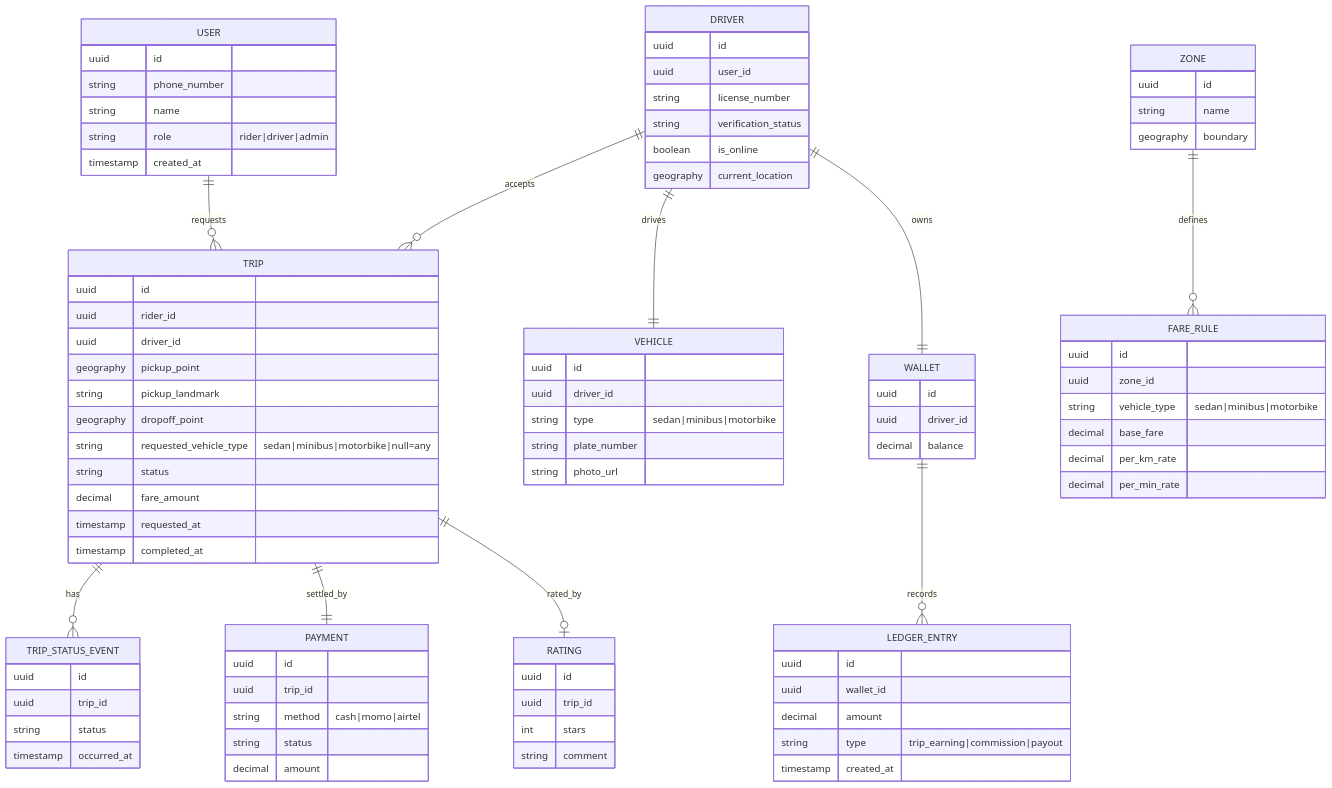
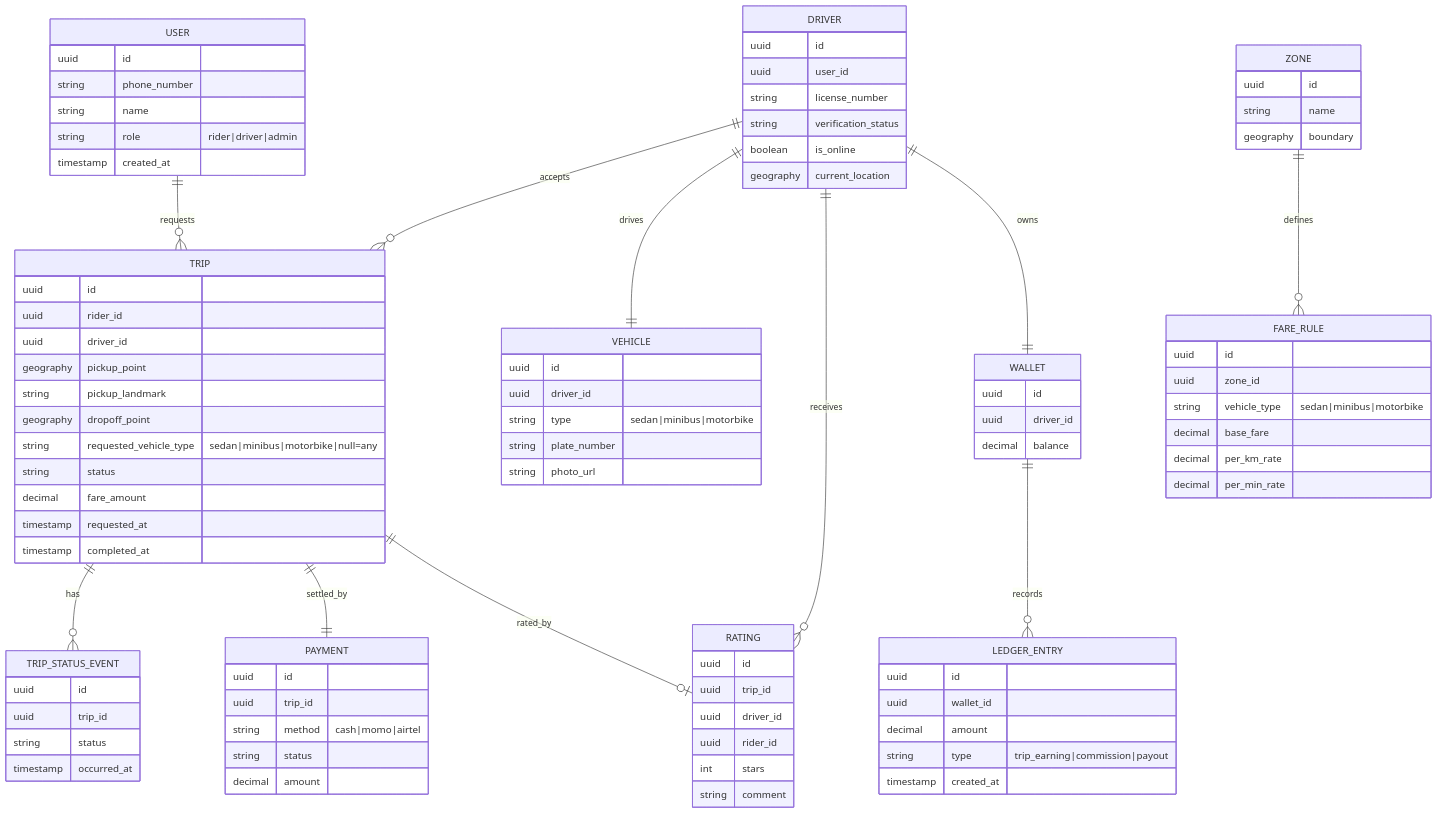
The second of 3 diagrams in docs/MONZE_RIDE_ARCHITECTURE.md (Kamela1987/Project1-), drawn with Mermaid before and after one commit. The commit also changed other lines of this file and 16 other files, not shown here.

```diff
--- a/docs/MONZE_RIDE_ARCHITECTURE.md
+++ b/docs/MONZE_RIDE_ARCHITECTURE.md
@@ -111,6 +111,7 @@
     TRIP ||--o{ TRIP_STATUS_EVENT : has
     TRIP ||--|| PAYMENT : settled_by
     TRIP ||--o| RATING : rated_by
+    DRIVER ||--o{ RATING : receives
     ZONE ||--o{ FARE_RULE : defines
     DRIVER ||--|| WALLET : owns
     WALLET ||--o{ LEDGER_ENTRY : records
@@ -166,6 +167,8 @@
     RATING {
         uuid id
         uuid trip_id
+        uuid driver_id
+        uuid rider_id
         int stars
         string comment
     }
```
